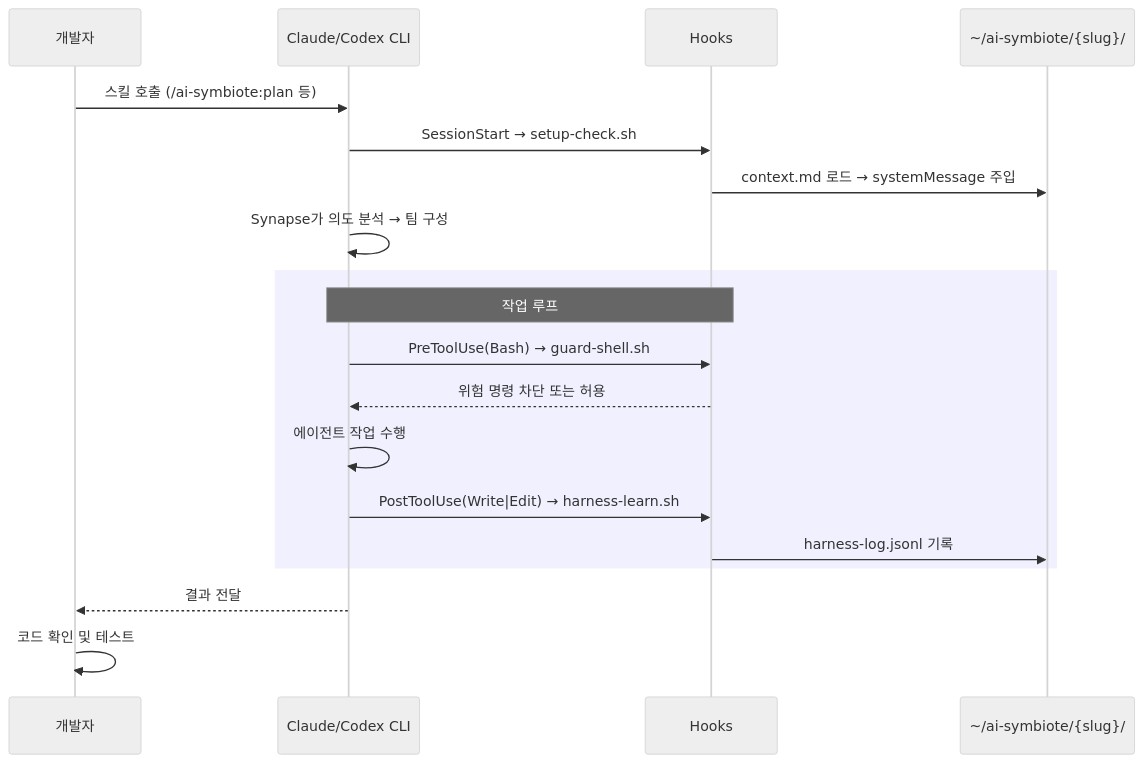
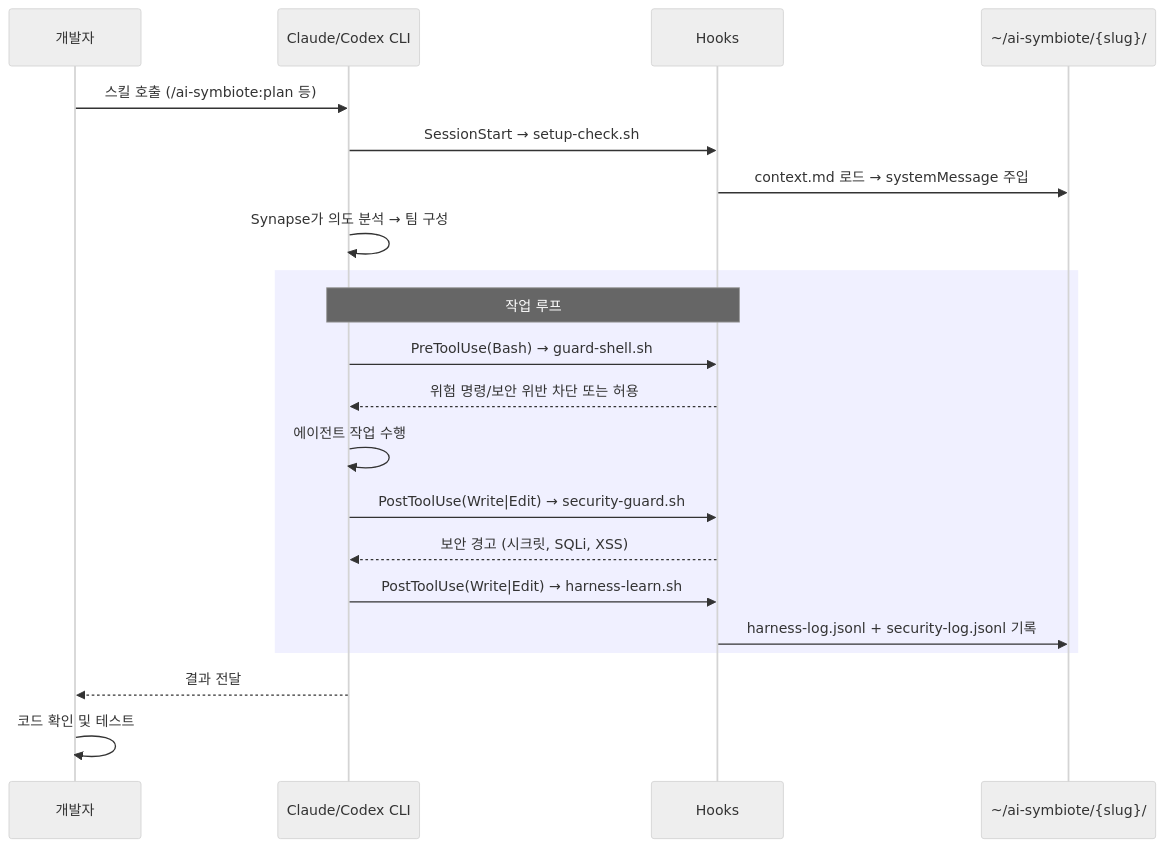
Before and after one commit to Jimmy-Jung/ai-symbiote: the third of 4 diagrams in docs/FLOWS.md, drawn with Mermaid (neutral theme). The commit also changed other lines of this file and 3 other files, not shown here.

````diff
--- a/docs/FLOWS.md
+++ b/docs/FLOWS.md
@@ -57,24 +59,26 @@
 ```mermaid
 sequenceDiagram
     participant Dev as 개발자
     participant CLI as Claude/Codex CLI
     participant Hook as Hooks
     participant State as ~/ai-symbiote/{slug}/
 
     Dev->>CLI: 스킬 호출 (/ai-symbiote:plan 등)
     CLI->>Hook: SessionStart → setup-check.sh
     Hook->>State: context.md 로드 → systemMessage 주입
     CLI->>CLI: Synapse가 의도 분석 → 팀 구성
 
     rect rgb(240, 240, 255)
         Note over CLI,Hook: 작업 루프
         CLI->>Hook: PreToolUse(Bash) → guard-shell.sh
-        Hook-->>CLI: 위험 명령 차단 또는 허용
+        Hook-->>CLI: 위험 명령/보안 위반 차단 또는 허용
         CLI->>CLI: 에이전트 작업 수행
+        CLI->>Hook: PostToolUse(Write|Edit) → security-guard.sh
+        Hook-->>CLI: 보안 경고 (시크릿, SQLi, XSS)
         CLI->>Hook: PostToolUse(Write|Edit) → harness-learn.sh
-        Hook->>State: harness-log.jsonl 기록
+        Hook->>State: harness-log.jsonl + security-log.jsonl 기록
     end
 
     CLI-->>Dev: 결과 전달
     Dev->>Dev: 코드 확인 및 테스트
 ```
````
